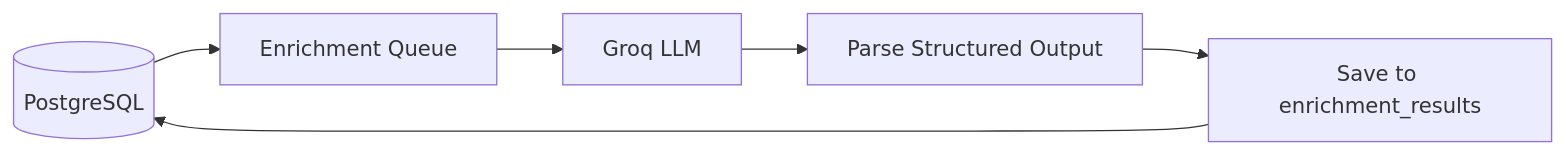
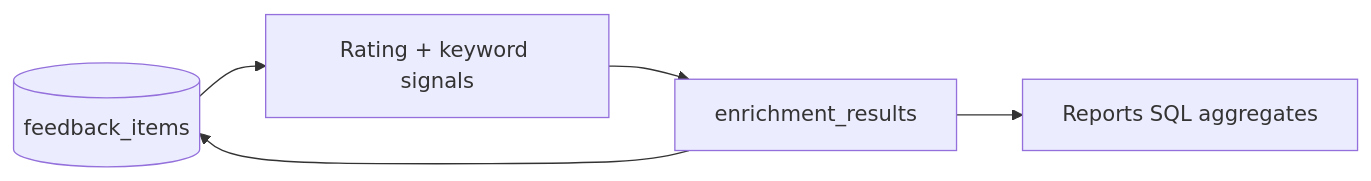
Before and after one commit to Aparnachandrashekar/voc-intelligence-platform: the seventh of 12 diagrams in docs/phase-wise-architecture.md, drawn with Mermaid. The commit also changed other lines of this file and 170 other files, not shown here.

````diff
--- a/docs/phase-wise-architecture.md
+++ b/docs/phase-wise-architecture.md
@@ -367,8 +442,7 @@
 ```mermaid
 flowchart LR
-    PG[(PostgreSQL)] --> Q[Enrichment Queue]
-    Q --> LLM[Groq LLM]
-    LLM --> PARSE[Parse Structured Output]
-    PARSE --> SAVE[Save to enrichment_results]
+    PG[(feedback_items)] --> SIG[Rating + keyword signals]
+    SIG --> SAVE[enrichment_results]
     SAVE --> PG
+    SAVE --> REPORTS[Reports SQL aggregates]
 ```
````
